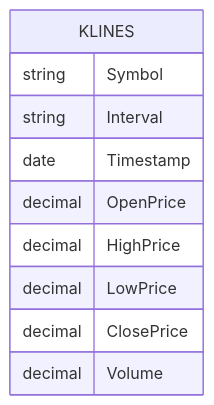
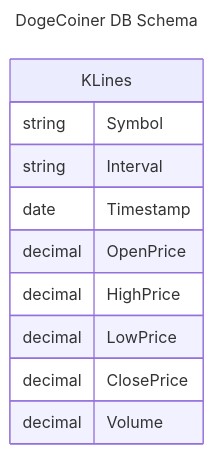
The diagram in README.md (abardandev/dogecoiner-db), drawn with Mermaid before and after one commit. The commit also changed other lines of this file and 1 other file, not shown here.

````diff
--- a/README.md
+++ b/README.md
@@ -3,13 +3,16 @@
 ```mermaid
+---
+title: DogeCoiner DB Schema
+---
 erDiagram
-    KL[KLINES] {
+    KL[KLines] {
         string Symbol
         string Interval
         date Timestamp
         decimal OpenPrice
         decimal HighPrice
         decimal LowPrice
         decimal ClosePrice
         decimal Volume
     }
 ```
````
